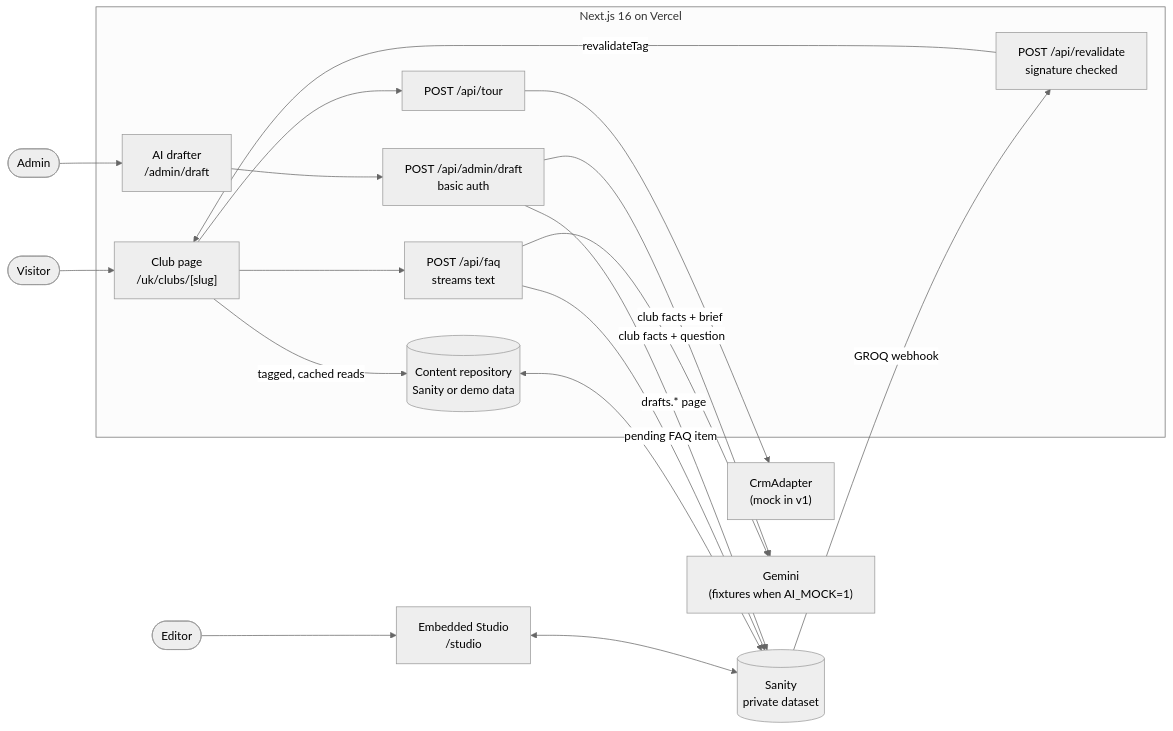
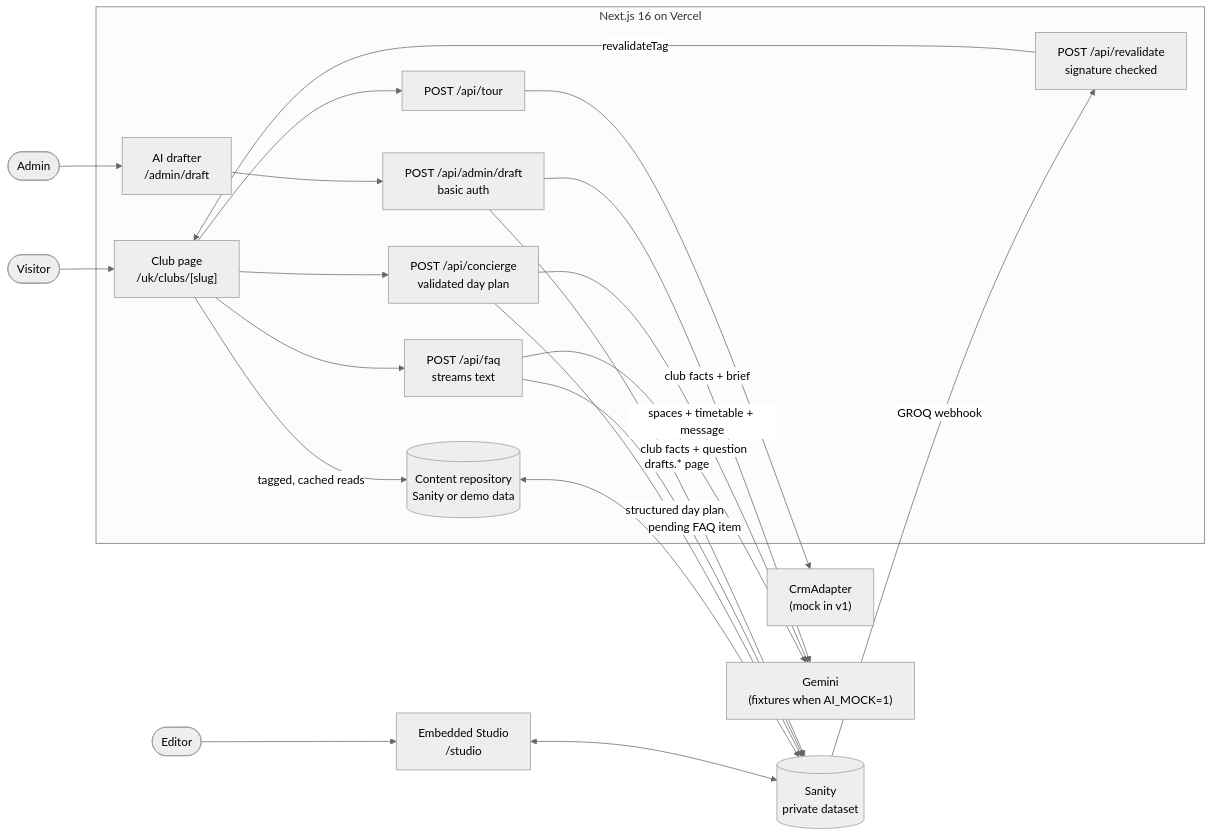
The diagram in README.md (huchu19/club-launch), drawn with Mermaid (neutral theme) before and after one commit. The commit also changed other lines of this file and 49 other files, not shown here.

First line of the commit message:
feat(concierge): plan a visitor's first day from the club's real timetable

````diff
--- a/README.md
+++ b/README.md
@@ -50,30 +56,34 @@
 ```mermaid
 flowchart LR
   visitor(["Visitor"]) --> page["Club page<br/>/uk/clubs/[slug]"]
   editor(["Editor"]) --> studio["Embedded Studio<br/>/studio"]
   admin(["Admin"]) --> drafter["AI drafter<br/>/admin/draft"]
 
   subgraph next["Next.js 16 on Vercel"]
     page
     drafter
     repo[("Content repository<br/>Sanity or demo data")]
     tour["POST /api/tour"]
     faq["POST /api/faq<br/>streams text"]
+    concierge["POST /api/concierge<br/>validated day plan"]
     draftApi["POST /api/admin/draft<br/>basic auth"]
     revalidate["POST /api/revalidate<br/>signature checked"]
   end
 
   page -- "tagged, cached reads" --> repo
   page --> tour
   page --> faq
+  page --> concierge
   drafter --> draftApi
   repo <--> sanity[("Sanity<br/>private dataset")]
   studio <--> sanity
   sanity -- "GROQ webhook" --> revalidate
   revalidate -- "revalidateTag" --> page
   tour --> crm["CrmAdapter<br/>(mock in v1)"]
   faq -- "club facts + question" --> gemini["Gemini<br/>(fixtures when AI_MOCK=1)"]
+  concierge -- "spaces + timetable + message" --> gemini
+  concierge -- "structured day plan" --> sanity
   draftApi -- "club facts + brief" --> gemini
   faq -- "pending FAQ item" --> sanity
   draftApi -- "drafts.* page" --> sanity
 ```
````
